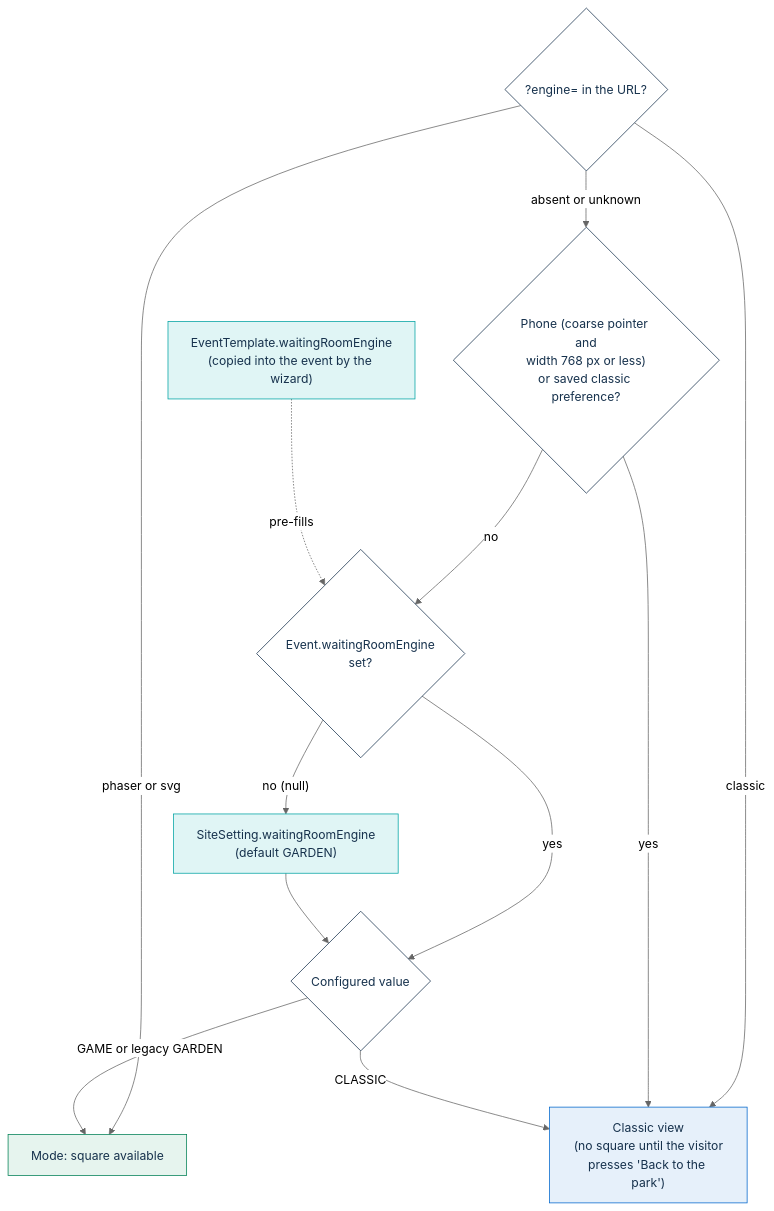
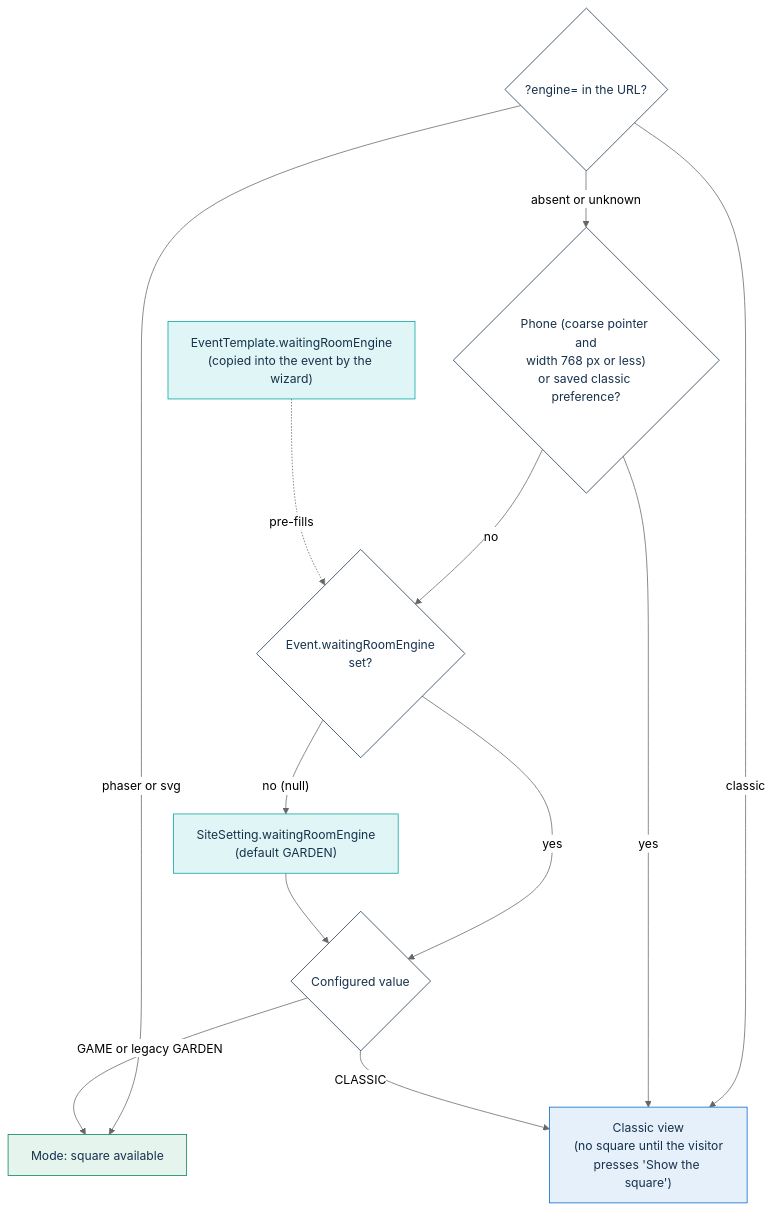
The second of 4 diagrams in docs/architecture/waiting-room.md (italia/pa-webinar), drawn with Mermaid (neutral theme) before and after one commit. The commit also changed other lines of this file and 41 other files, not shown here.

````diff
--- a/docs/architecture/waiting-room.md
+++ b/docs/architecture/waiting-room.md
@@ -188,28 +198,28 @@
 ```mermaid
 flowchart TD
     URL{"?engine= in the URL?"}
     URL -->|"phaser or svg"| SQUARE
     URL -->|classic| CLASSIC
     URL -->|"absent or unknown"| DEVICE{"Phone (coarse pointer and<br/>width 768 px or less)<br/>or saved classic preference?"}
     DEVICE -->|yes| CLASSIC
     DEVICE -->|no| EVENT{"Event.waitingRoomEngine<br/>set?"}
     TEMPLATE["EventTemplate.waitingRoomEngine<br/>(copied into the event by the wizard)"] -.->|pre-fills| EVENT
     EVENT -->|yes| VALUE{"Configured value"}
     EVENT -->|"no (null)"| SITE["SiteSetting.waitingRoomEngine<br/>(default GARDEN)"]
     SITE --> VALUE
     VALUE -->|CLASSIC| CLASSIC
     VALUE -->|"GAME or legacy GARDEN"| SQUARE
 
     SQUARE["Mode: square available"]
-    CLASSIC["Classic view<br/>(no square until the visitor<br/>presses 'Back to the park')"]
+    CLASSIC["Classic view<br/>(no square until the visitor<br/>presses 'Show the square')"]
 
     classDef decision fill:#FFFFFF,stroke:#17324D,color:#17324D
     classDef config fill:#E0F5F5,stroke:#00A3A3,color:#17324D
     classDef square fill:#E6F4EE,stroke:#008055,color:#17324D
     classDef classic fill:#E6F0FA,stroke:#0066CC,color:#17324D
 
     class URL,DEVICE,EVENT,VALUE decision
     class TEMPLATE,SITE config
     class SQUARE square
     class CLASSIC classic
 ```
````
